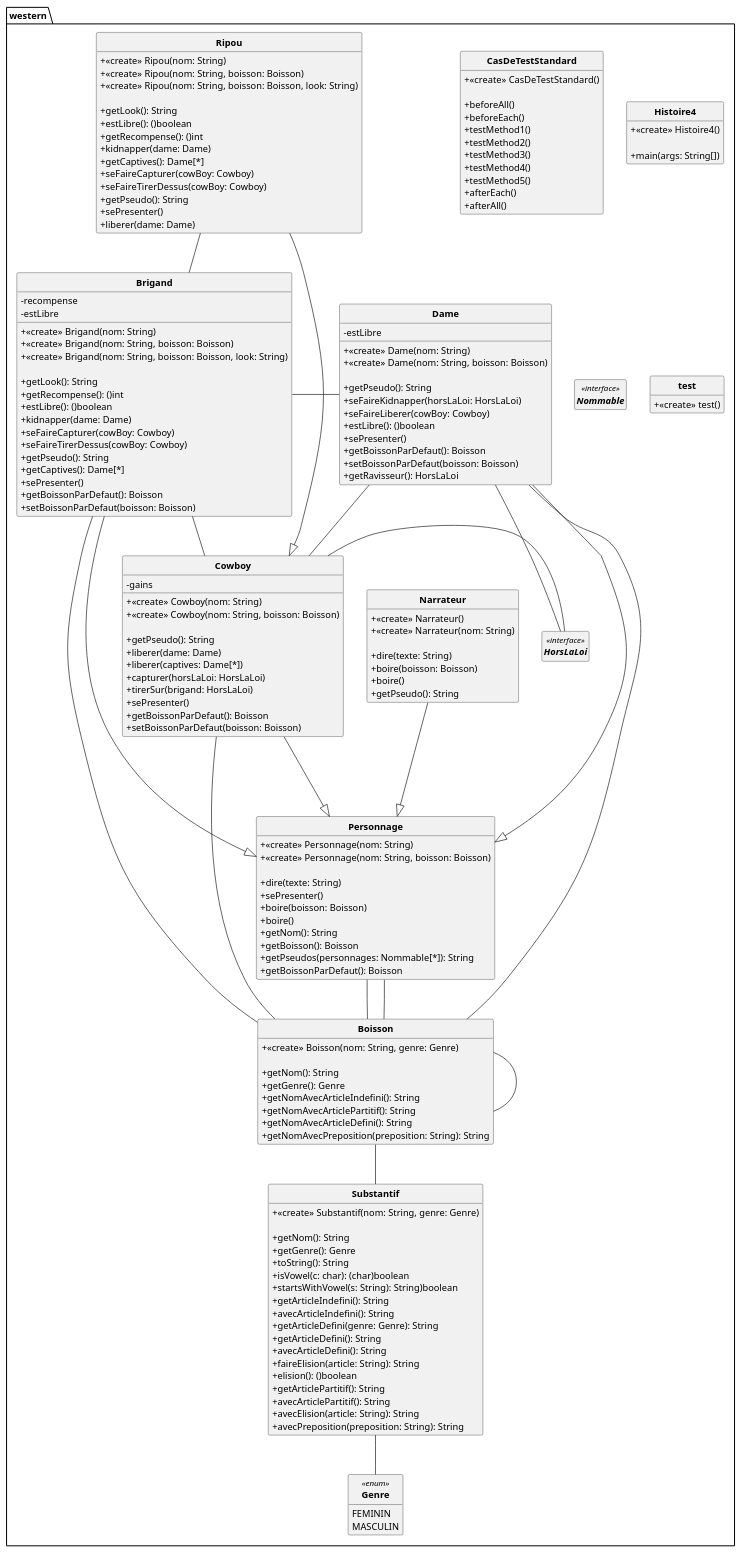
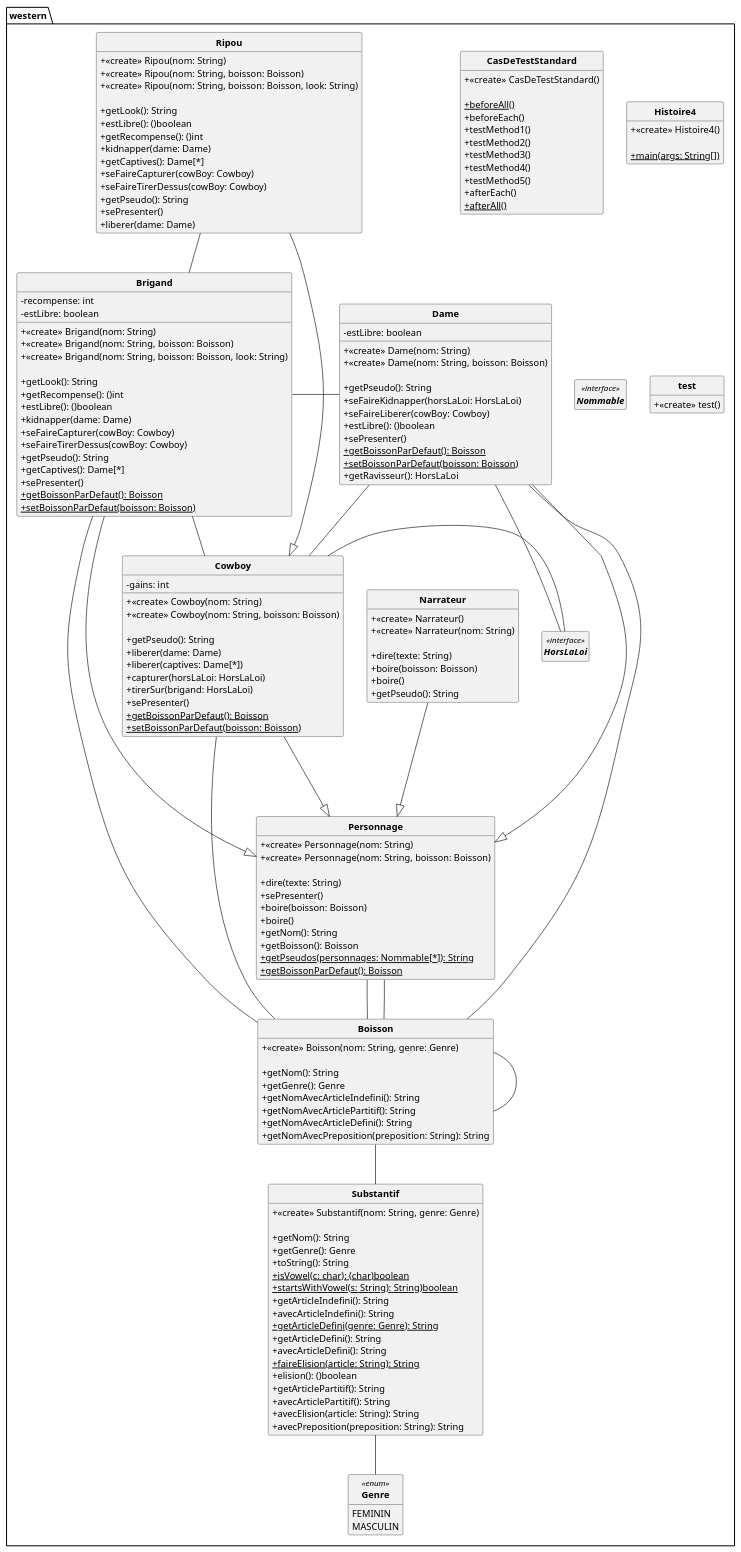
Before and after one commit to SylvainSchaefer/Java-to-PUML: the diagram in src/pumlFromJava/DC_Western.puml, drawn with PlantUML. The commit also changed 1 other file, not shown here.

```diff
--- a/src/pumlFromJava/DC_Western.puml
+++ b/src/pumlFromJava/DC_Western.puml
@@ -22,8 +22,8 @@
 
 
 Class western.Brigand{
-- recompense
-- estLibre
+- recompense: int
+- estLibre: boolean
 
 + <<create>> Brigand(nom: String)
 + <<create>> Brigand(nom: String, boisson: Boisson)
@@ -38,8 +38,8 @@
 + getPseudo(): String
 + getCaptives(): Dame[*]
 + sePresenter()
-+ getBoissonParDefaut(): Boisson
-+ setBoissonParDefaut(boisson: Boisson)
+{static} + getBoissonParDefaut(): Boisson
+{static} + setBoissonParDefaut(boisson: Boisson)
 
 }
 western.Brigand - western.Dame
@@ -51,7 +51,7 @@
 
 + <<create>> CasDeTestStandard()
 
-+ beforeAll()
+{static} + beforeAll()
 + beforeEach()
 + testMethod1()
 + testMethod2()
@@ -59,13 +59,13 @@
 + testMethod4()
 + testMethod5()
 + afterEach()
-+ afterAll()
+{static} + afterAll()
 
 }
 
 
 Class western.Cowboy{
-- gains
+- gains: int
 
 + <<create>> Cowboy(nom: String)
 + <<create>> Cowboy(nom: String, boisson: Boisson)
@@ -76,8 +76,8 @@
 + capturer(horsLaLoi: HorsLaLoi)
 + tirerSur(brigand: HorsLaLoi)
 + sePresenter()
-+ getBoissonParDefaut(): Boisson
-+ setBoissonParDefaut(boisson: Boisson)
+{static} + getBoissonParDefaut(): Boisson
+{static} + setBoissonParDefaut(boisson: Boisson)
 
 }
 western.Cowboy - western.HorsLaLoi
@@ -85,7 +85,7 @@
 
 western.Cowboy ---|> western.Personnage
 Class western.Dame{
-- estLibre
+- estLibre: boolean
 
 + <<create>> Dame(nom: String)
 + <<create>> Dame(nom: String, boisson: Boisson)
@@ -95,8 +95,8 @@
 + seFaireLiberer(cowBoy: Cowboy)
 + estLibre(): ()boolean
 + sePresenter()
-+ getBoissonParDefaut(): Boisson
-+ setBoissonParDefaut(boisson: Boisson)
+{static} + getBoissonParDefaut(): Boisson
+{static} + setBoissonParDefaut(boisson: Boisson)
 + getRavisseur(): HorsLaLoi
 
 }
@@ -114,7 +114,7 @@
 
 + <<create>> Histoire4()
 
-+ main(args: String[])
+{static} + main(args: String[])
 
 }
 
@@ -147,8 +147,8 @@
 + boire()
 + getNom(): String
 + getBoisson(): Boisson
-+ getPseudos(personnages: Nommable[*]): String
-+ getBoissonParDefaut(): Boisson
+{static} + getPseudos(personnages: Nommable[*]): String
+{static} + getBoissonParDefaut(): Boisson
 
 }
 western.Personnage -- western.Boisson
@@ -183,14 +183,14 @@
 + getNom(): String
 + getGenre(): Genre
 + toString(): String
-+ isVowel(c: char): (char)boolean
-+ startsWithVowel(s: String): String)boolean
+{static} + isVowel(c: char): (char)boolean
+{static} + startsWithVowel(s: String): String)boolean
 + getArticleIndefini(): String
 + avecArticleIndefini(): String
-+ getArticleDefini(genre: Genre): String
+{static} + getArticleDefini(genre: Genre): String
 + getArticleDefini(): String
 + avecArticleDefini(): String
-+ faireElision(article: String): String
+{static} + faireElision(article: String): String
 + elision(): ()boolean
 + getArticlePartitif(): String
 + avecArticlePartitif(): String
```
